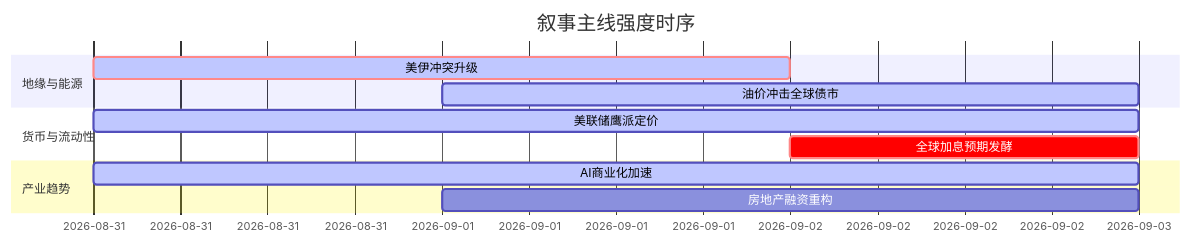
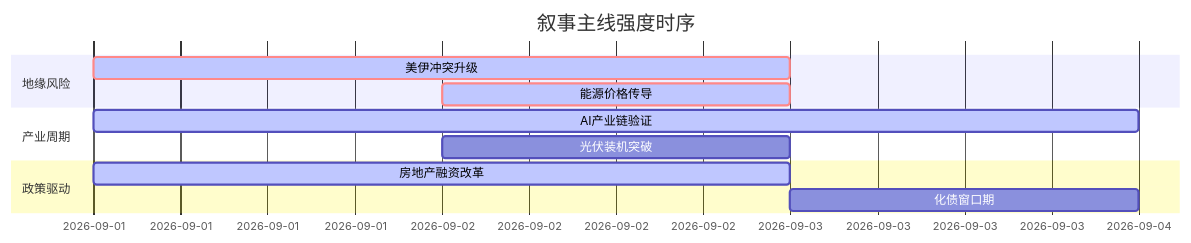
The diagram in 5day_report.md (uu5zn/uu5zn.github.io), drawn with Mermaid before and after one commit. The commit also changed other lines of this file and 24 other files, not shown here.

````diff
--- a/5day_report.md
+++ b/5day_report.md
@@ -58,16 +58,16 @@
 ```mermaid
 gantt
     title 叙事主线强度时序
-    dateFormat  YYYY-MM-DD
-    section 地缘与能源
-    美伊冲突升级         :crit, active, 2026-08-31, 2d
-    油价冲击全球债市      :active, 2026-09-01, 2d
+    dateFormat YYYY-MM-DD
+    section 地缘风险
+    美伊冲突升级   :crit, active, 2026-09-01, 2d
+    能源价格传导   :crit, active, 2026-09-02, 1d
     
-    section 货币与流动性
-    美联储鹰派定价        :active, 2026-08-31, 3d
-    全球加息预期发酵      :crit, 2026-09-02, 1d
+    section 产业周期
+    AI产业链验证   :active, 2026-09-01, 3d
+    光伏装机突破   :2026-09-02, 1d
     
-    section 产业趋势
-    AI商业化加速         :active, 2026-08-31, 3d
-    房地产融资重构        :2026-09-01, 2d
+    section 政策驱动
+    房地产融资改革   :active, 2026-09-01, 2d
+    化债窗口期      :2026-09-03, 1d
 ```
````
